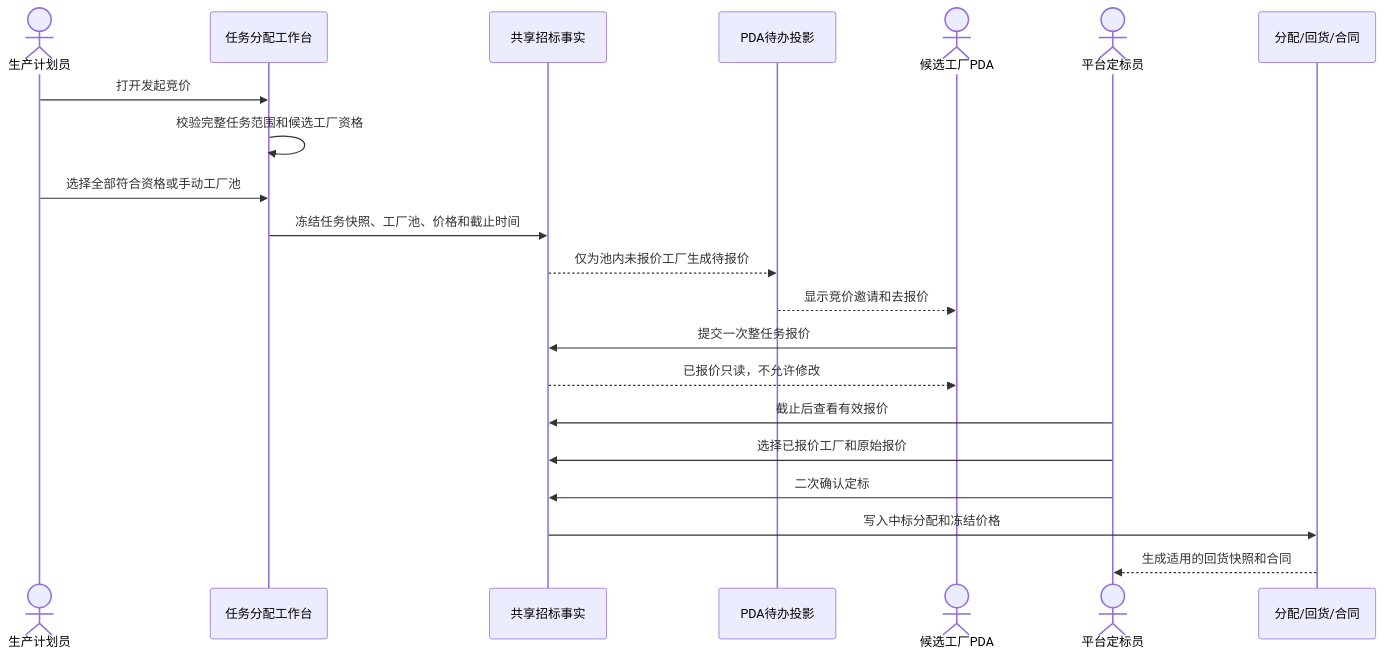
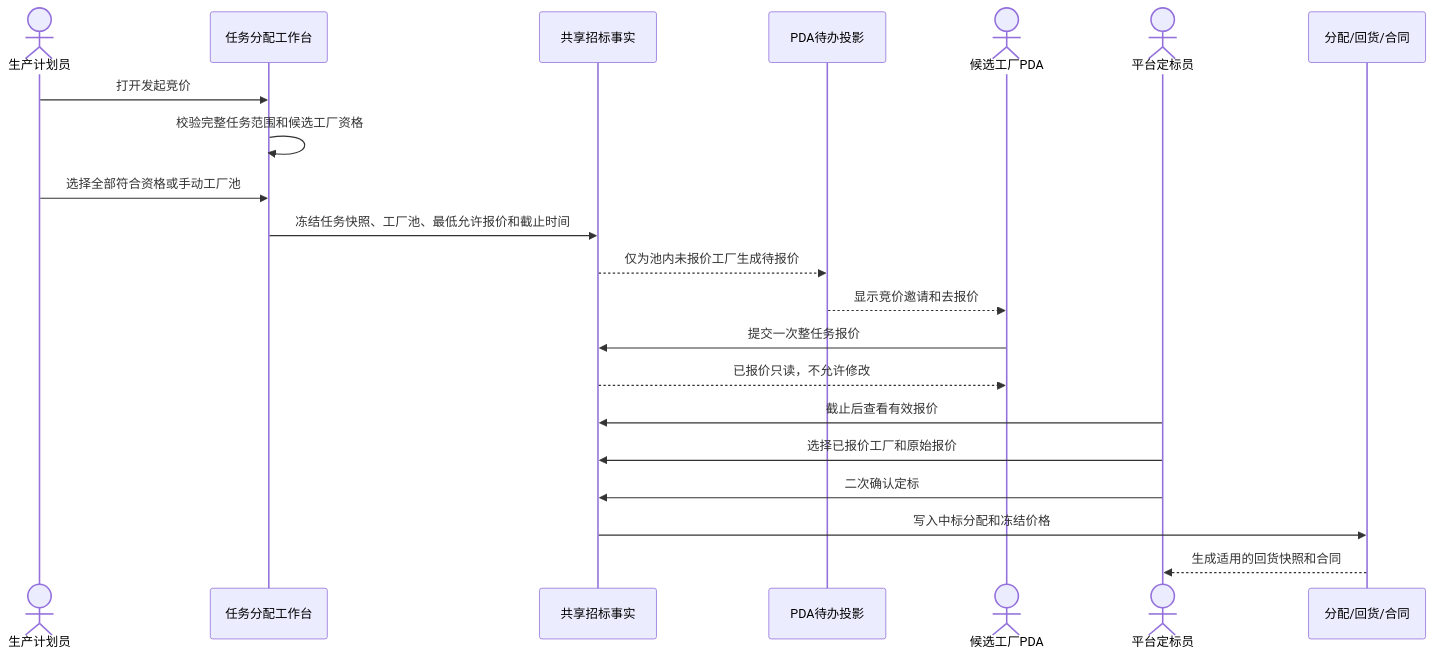
One commit to laoertongxue/higoods changed the third of 3 diagrams in docs/product-design/FCS整任务竞价工厂池与PDA报价闭环实施及追踪矩阵.md. Above: the diagram before and after it, drawn with Mermaid. The commit also changed other lines of this file and 31 other files, not shown here.

````diff
--- a/docs/product-design/FCS整任务竞价工厂池与PDA报价闭环实施及追踪矩阵.md
+++ b/docs/product-design/FCS整任务竞价工厂池与PDA报价闭环实施及追踪矩阵.md
@@ -178,24 +179,24 @@
 ```mermaid
 sequenceDiagram
   actor Planner as 生产计划员
   participant Web as 任务分配工作台
   participant Tender as 共享招标事实
   participant Todo as PDA待办投影
   actor Factory as 候选工厂PDA
   actor Awarder as 平台定标员
   participant Fulfillment as 分配/回货/合同
 
   Planner->>Web: 打开发起竞价
   Web->>Web: 校验完整任务范围和候选工厂资格
   Planner->>Web: 选择全部符合资格或手动工厂池
-  Web->>Tender: 冻结任务快照、工厂池、价格和截止时间
+  Web->>Tender: 冻结任务快照、工厂池、最低允许报价和截止时间
   Tender-->>Todo: 仅为池内未报价工厂生成待报价
   Todo-->>Factory: 显示竞价邀请和去报价
   Factory->>Tender: 提交一次整任务报价
   Tender-->>Factory: 已报价只读，不允许修改
   Awarder->>Tender: 截止后查看有效报价
   Awarder->>Tender: 选择已报价工厂和原始报价
   Awarder->>Tender: 二次确认定标
   Tender->>Fulfillment: 写入中标分配和冻结价格
   Fulfillment-->>Awarder: 生成适用的回货快照和合同
 ```
````
